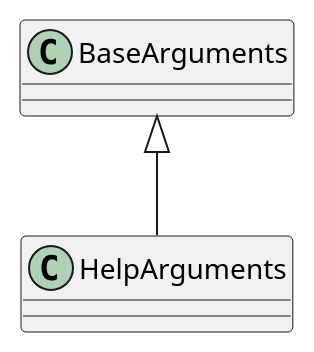
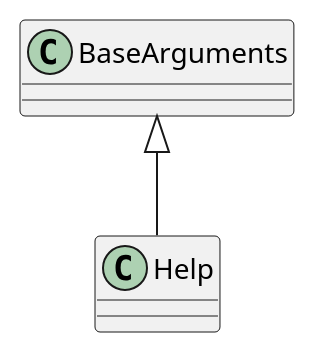
Before and after one commit to russell-n/theape: the first of 2 diagrams in ape/interface/arguments/helparguments.rst, drawn with PlantUML. The commit also changed other lines of this file and 71 other files, not shown here.

```diff
--- a/ape/interface/arguments/helparguments.rst
+++ b/ape/interface/arguments/helparguments.rst
@@ -37,3 +49,3 @@
 .. uml::
 
-   BaseArguments <|-- HelpArguments
+   BaseArguments <|-- Help
```
